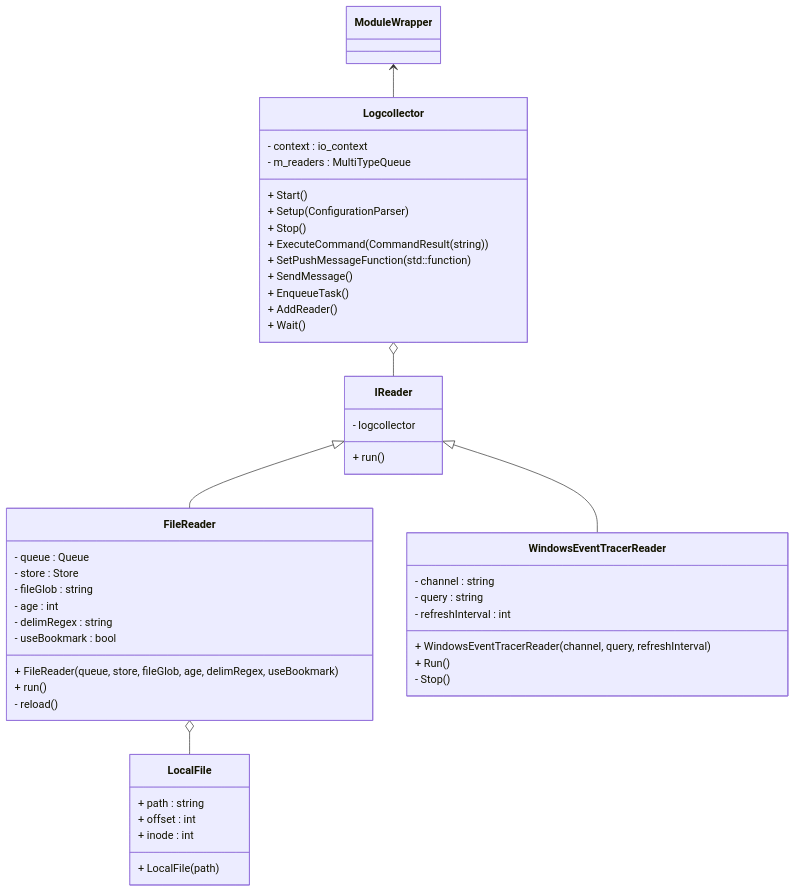
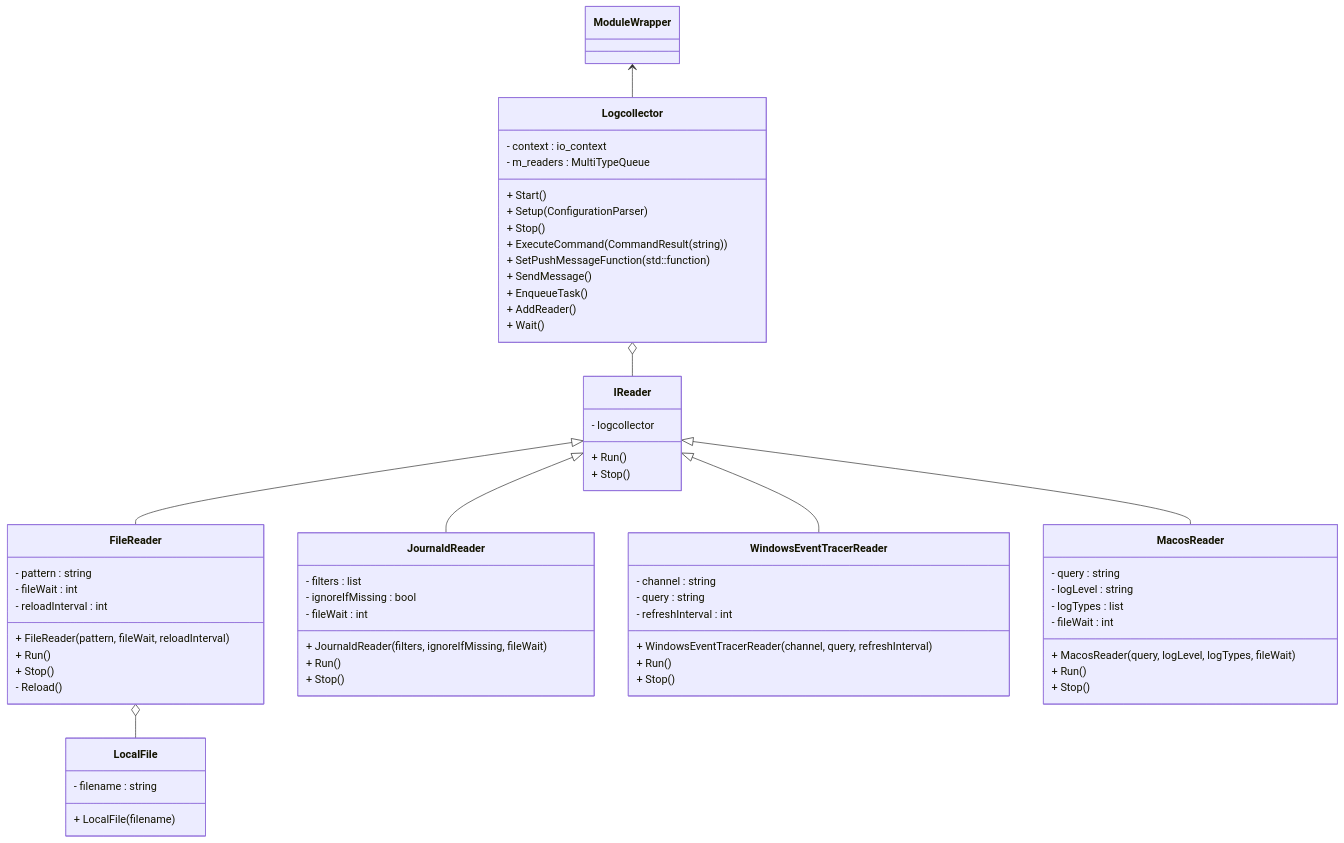
One commit to wazuh/wazuh-agent changed the diagram in docs/ref/modules/logcollector/README.md. Above: the diagram before and after it, drawn with Mermaid. The commit also changed other lines of this file and 1 other file, not shown here.

Commit message:
feat: add logcollector journald and macos documentation

````diff
--- a/docs/ref/modules/logcollector/README.md
+++ b/docs/ref/modules/logcollector/README.md
@@ -81,51 +142,67 @@
 ```mermaid
 classDiagram
     class ModuleWrapper
     class Logcollector {
         - context : io_context
         - m_readers : MultiTypeQueue
         + Start()
         + Setup(ConfigurationParser)
         + Stop()
         + ExecuteCommand(CommandResult(string))
         + SetPushMessageFunction(std::function)
         + SendMessage()
         + EnqueueTask()
         + AddReader()
         + Wait()
     }
     class IReader {
-        + run()
         - logcollector
+        + Run()
+        + Stop()
     }
     class FileReader {
-        - queue : Queue
-        - store : Store
-        - fileGlob : string
-        - age : int
-        - delimRegex : string
-        - useBookmark : bool
-        + FileReader(queue, store, fileGlob, age, delimRegex, useBookmark)
-        + run()
-        - reload()
+        - pattern : string
+        - fileWait : int
+        - reloadInterval : int
+        + FileReader(pattern, fileWait, reloadInterval)
+        + Run()
+        + Stop()
+        - Reload()
     }
     class LocalFile {
-        + LocalFile(path)
-        + path : string
-        + offset : int
-        + inode : int
+        - filename : string
+        + LocalFile(filename)
+    }
+    class JournaldReader {
+        - filters : list
+        - ignoreIfMissing : bool
+        - fileWait : int
+        + JournaldReader(filters, ignoreIfMissing, fileWait)
+        + Run()
+        + Stop()
     }
     class WindowsEventTracerReader {
         - channel : string
         - query : string
         - refreshInterval : int
         + WindowsEventTracerReader(channel, query, refreshInterval)
         + Run()
-        - Stop()
+        + Stop()
+    }
+    class MacosReader {
+        - query : string
+        - logLevel : string
+        - logTypes : list
+        - fileWait : int
+        + MacosReader(query, logLevel, logTypes, fileWait)
+        + Run()
+        + Stop()
     }
     ModuleWrapper <-- Logcollector
     Logcollector o-- IReader
     IReader <|-- FileReader
+    IReader <|-- JournaldReader
     IReader <|-- WindowsEventTracerReader
+    IReader <|-- MacosReader
     FileReader o-- LocalFile
 ```
````
